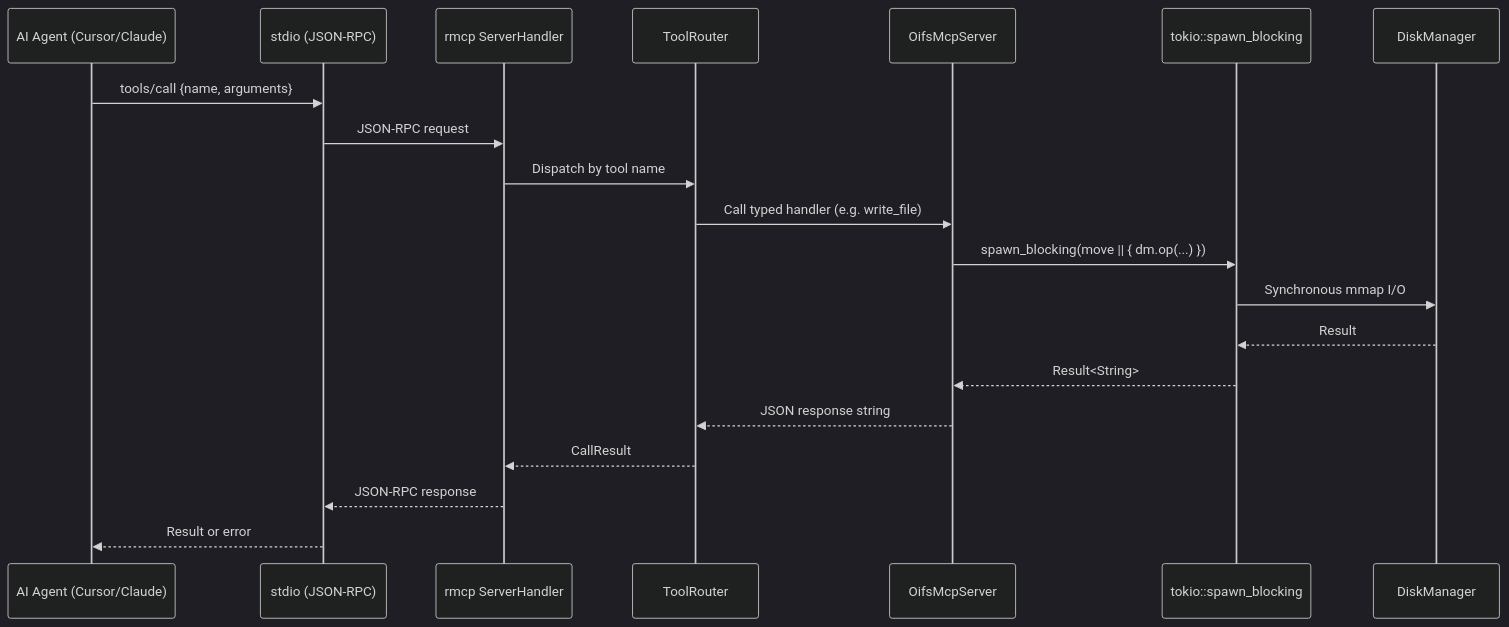
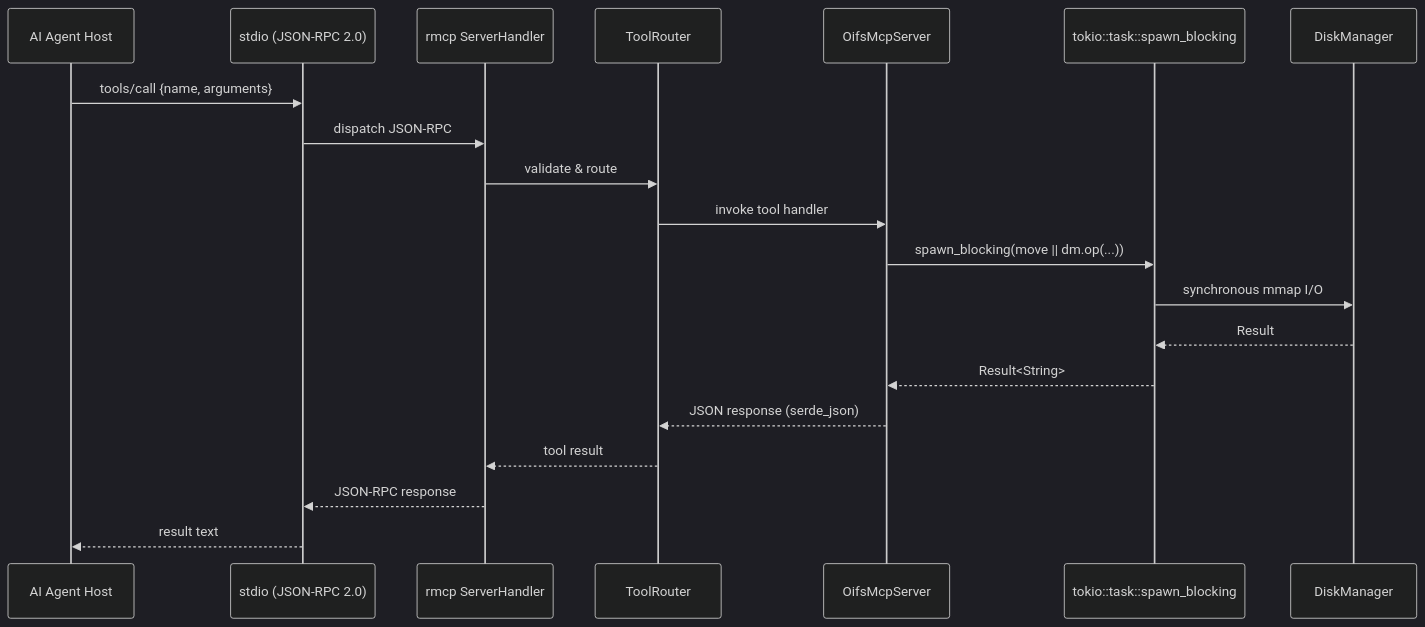
One commit to ych/oifs changed the diagram in openwiki/architecture/mcp_server.md. Above: the diagram before and after it, drawn with Mermaid (dark theme). The commit also changed other lines of this file and 64 other files, not shown here.

````diff
--- a/openwiki/architecture/mcp_server.md
+++ b/openwiki/architecture/mcp_server.md
@@ -209,23 +132,23 @@
 ```mermaid
 sequenceDiagram
-    participant Agent as AI Agent (Cursor/Claude)
-    participant Transport as stdio (JSON-RPC)
+    participant Agent as AI Agent Host
+    participant Transport as stdio (JSON-RPC 2.0)
     participant Handler as rmcp ServerHandler
     participant Router as ToolRouter
     participant Server as OifsMcpServer
-    participant Blocking as tokio::spawn_blocking
+    participant Blocking as tokio::task::spawn_blocking
     participant DM as DiskManager
 
     Agent->>Transport: tools/call {name, arguments}
-    Transport->>Handler: JSON-RPC request
-    Handler->>Router: Dispatch by tool name
-    Router->>Server: Call typed handler (e.g. write_file)
-    Server->>Blocking: spawn_blocking(move || { dm.op(...) })
-    Blocking->>DM: Synchronous mmap I/O
+    Transport->>Handler: dispatch JSON-RPC
+    Handler->>Router: validate & route
+    Router->>Server: invoke tool handler
+    Server->>Blocking: spawn_blocking(move || dm.op(...))
+    Blocking->>DM: synchronous mmap I/O
     DM-->>Blocking: Result
     Blocking-->>Server: Result<String>
-    Server-->>Router: JSON response string
-    Router-->>Handler: CallResult
+    Server-->>Router: JSON response (serde_json)
+    Router-->>Handler: tool result
     Handler-->>Transport: JSON-RPC response
-    Transport-->>Agent: Result or error
+    Transport-->>Agent: result text
 ```
````
